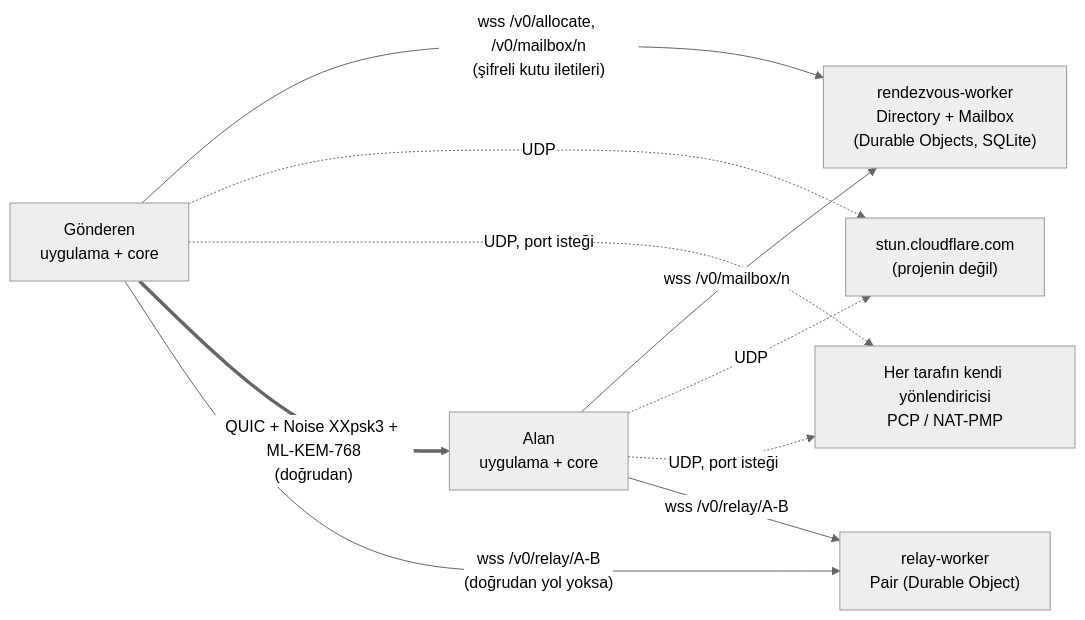
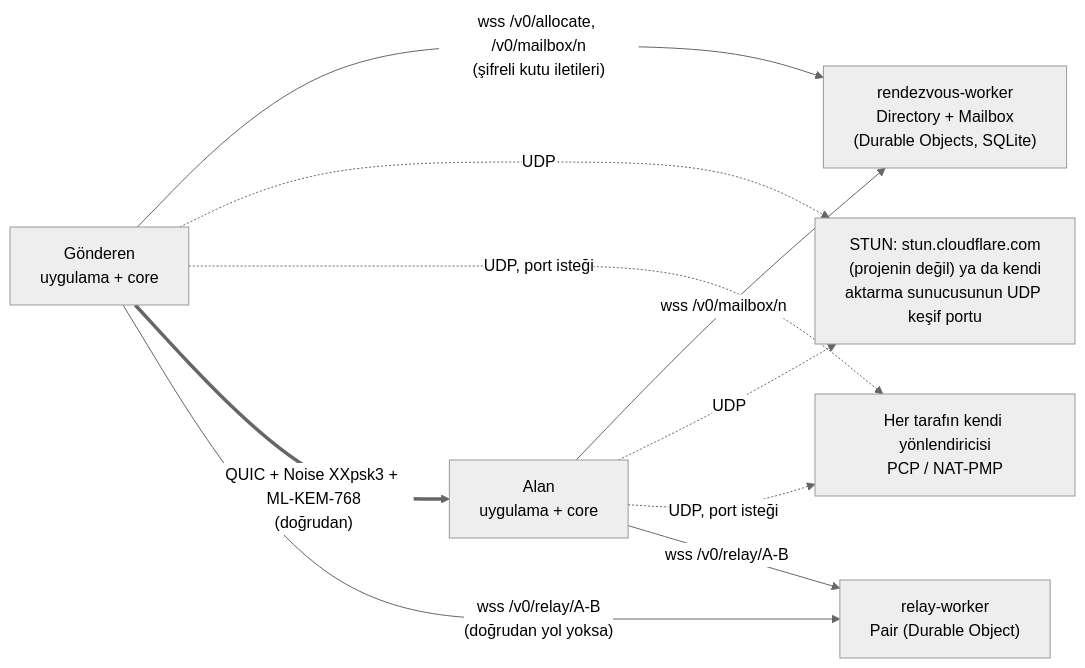
One commit to totaldrop-app/totaldrop changed the second of 3 diagrams in docs/ARCHITECTURE.md. Above: the diagram before and after it, drawn with Mermaid (neutral theme). The commit also changed other lines of this file and 5 other files, not shown here.

First line of the commit message:
fix: act on the review of the architecture map (#431)

````diff
--- a/docs/ARCHITECTURE.md
+++ b/docs/ARCHITECTURE.md
@@ -78,18 +78,18 @@
 ```mermaid
 flowchart LR
   A["Gönderen<br/>uygulama + core"]
   B["Alan<br/>uygulama + core"]
   RZ["rendezvous-worker<br/>Directory + Mailbox<br/>(Durable Objects, SQLite)"]
   RL["relay-worker<br/>Pair (Durable Object)"]
-  STUN["stun.cloudflare.com<br/>(projenin değil)"]
+  STUN["STUN: stun.cloudflare.com<br/>(projenin değil) ya da kendi<br/>aktarma sunucusunun UDP keşif portu"]
   GW["Her tarafın kendi yönlendiricisi<br/>PCP / NAT-PMP"]
   A -- "wss /v0/allocate, /v0/mailbox/n<br/>(şifreli kutu iletileri)" --> RZ
   B -- "wss /v0/mailbox/n" --> RZ
   A -. "UDP" .-> STUN
   B -. "UDP" .-> STUN
   A -. "UDP, port isteği" .-> GW
   B -. "UDP, port isteği" .-> GW
   A == "QUIC + Noise XXpsk3 + ML-KEM-768<br/>(doğrudan)" ==> B
   A -- "wss /v0/relay/A-B<br/>(doğrudan yol yoksa)" --> RL
   B -- "wss /v0/relay/A-B" --> RL
 ```
````
